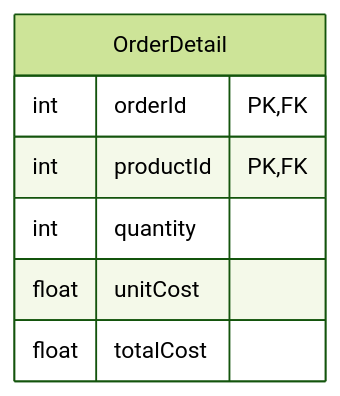
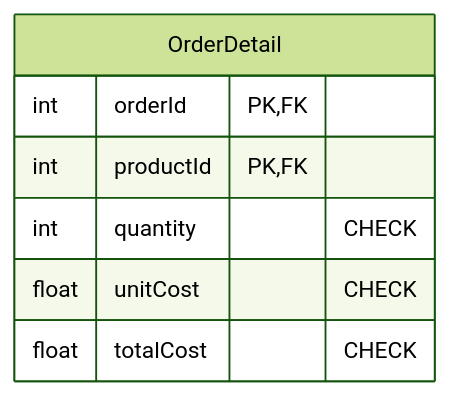
One commit to rosendocamal/homeworks changed diagram 28 of 29 in 4to-Cuatrimestre/fundamentos-base-datos/proyecto/proyecto.md. Above: the diagram before and after it, drawn with Mermaid (forest theme). The commit also changed other lines of this file, not shown here.

````diff
--- a/4to-Cuatrimestre/fundamentos-base-datos/proyecto/proyecto.md
+++ b/4to-Cuatrimestre/fundamentos-base-datos/proyecto/proyecto.md
@@ -527,10 +496,10 @@
 ```mermaid
 erDiagram
 	OrderDetail {
 		int orderId PK,FK
 		int productId PK,FK
-		int quantity
-		float unitCost
-		float totalCost
+		int quantity "CHECK"
+		float unitCost "CHECK"
+		float totalCost "CHECK"
 	}
 ```
````
